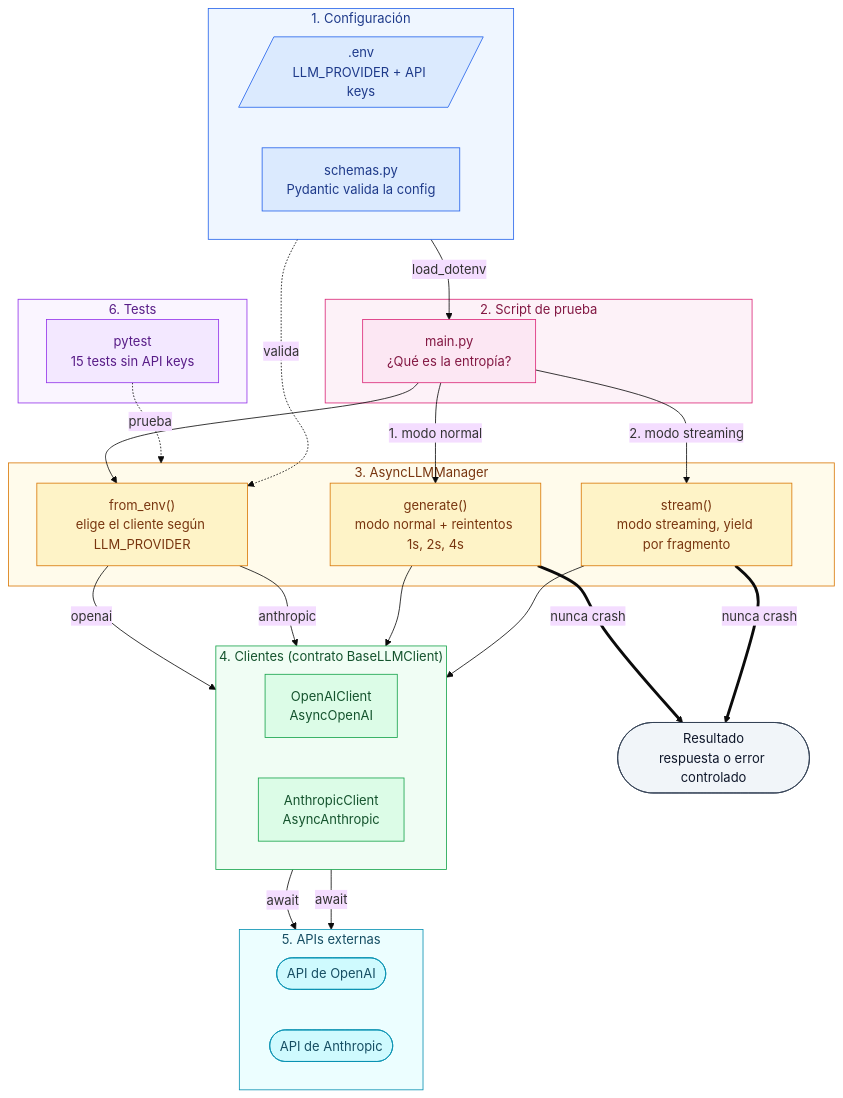
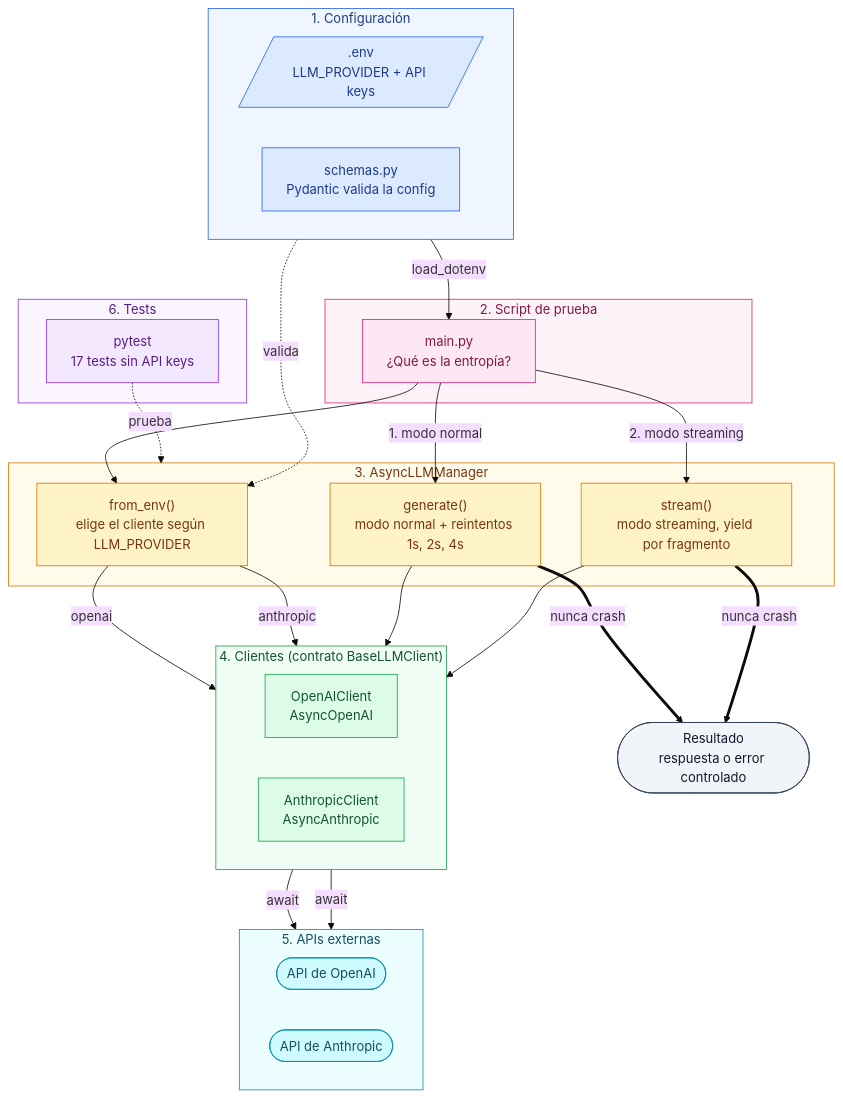
Before and after one commit to javi2481/unified-async-llm-client: the diagram in README.md, drawn with Mermaid (base theme).

Commit message:
docs: update test count in README diagram

````diff
--- a/README.md
+++ b/README.md
@@ -59,74 +59,74 @@
 ```mermaid
 flowchart TD
     subgraph CONFIG["1. Configuración"]
         direction LR
         A[/".env<br/>LLM_PROVIDER + API keys"/]
         B["schemas.py<br/>Pydantic valida la config"]
     end
 
     subgraph APP["2. Script de prueba"]
         C["main.py<br/>¿Qué es la entropía?"]
     end
 
     subgraph MANAGER["3. AsyncLLMManager"]
         D["from_env()<br/>elige el cliente según LLM_PROVIDER"]
         E["generate()<br/>modo normal + reintentos 1s, 2s, 4s"]
         F["stream()<br/>modo streaming, yield por fragmento"]
     end
 
     subgraph CLIENTES["4. Clientes (contrato BaseLLMClient)"]
         direction LR
         G["OpenAIClient<br/>AsyncOpenAI"]
         H["AnthropicClient<br/>AsyncAnthropic"]
     end
 
     subgraph APIS["5. APIs externas"]
         direction LR
         I(["API de OpenAI"])
         J(["API de Anthropic"])
     end
 
     subgraph TESTS["6. Tests"]
-        T["pytest<br/>15 tests sin API keys"]
+        T["pytest<br/>17 tests sin API keys"]
     end
 
     K(["Resultado<br/>respuesta o error controlado"])
 
     A -->|load_dotenv| C
     B -.->|valida| D
     C --> D
     C -->|1. modo normal| E
     C -->|2. modo streaming| F
     D -->|openai| G
     D -->|anthropic| H
     E --> CLIENTES
     F --> CLIENTES
     G -->|await| I
     H -->|await| J
     E ==>|nunca crash| K
     F ==>|nunca crash| K
     T -.->|prueba| MANAGER
 
     classDef config fill:#dbeafe,stroke:#2563eb,color:#1e3a8a
     classDef app fill:#fce7f3,stroke:#db2777,color:#831843
     classDef manager fill:#fef3c7,stroke:#d97706,color:#78350f
     classDef clientes fill:#dcfce7,stroke:#16a34a,color:#14532d
     classDef apis fill:#cffafe,stroke:#0891b2,color:#164e63
     classDef tests fill:#f3e8ff,stroke:#9333ea,color:#581c87
     classDef resultado fill:#f1f5f9,stroke:#334155,color:#0f172a
 
     class A,B config
     class C app
     class D,E,F manager
     class G,H clientes
     class I,J apis
     class T tests
     class K resultado
 
     style CONFIG fill:#eff6ff,stroke:#2563eb,color:#1e3a8a
     style APP fill:#fdf2f8,stroke:#db2777,color:#831843
     style MANAGER fill:#fffbeb,stroke:#d97706,color:#78350f
     style CLIENTES fill:#f0fdf4,stroke:#16a34a,color:#14532d
     style APIS fill:#ecfeff,stroke:#0891b2,color:#164e63
     style TESTS fill:#faf5ff,stroke:#9333ea,color:#581c87
 ```
````
